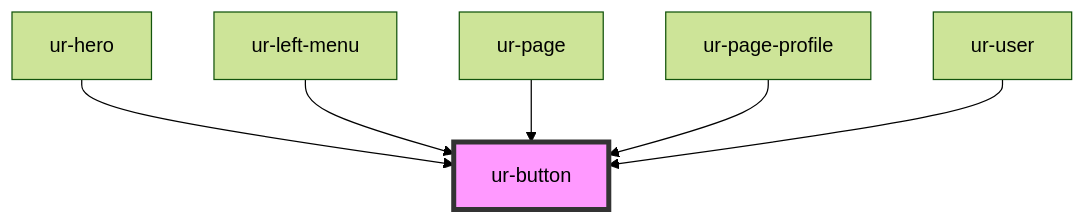
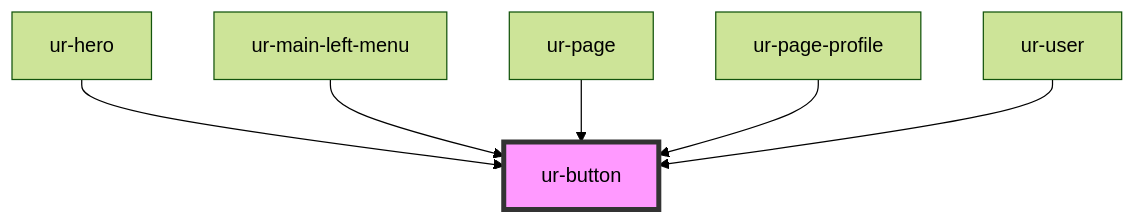
The diagram in src/components/ur-button/readme.md (hellish/urnovl-web-components), drawn with Mermaid (forest theme) before and after one commit. The commit also changed other lines of this file and 86 other files, not shown here.

````diff
--- a/src/components/ur-button/readme.md
+++ b/src/components/ur-button/readme.md
@@ -30,9 +30,9 @@
 ```mermaid
 graph TD;
   ur-hero --> ur-button
-  ur-left-menu --> ur-button
+  ur-main-left-menu --> ur-button
   ur-page --> ur-button
   ur-page-profile --> ur-button
   ur-user --> ur-button
   style ur-button fill:#f9f,stroke:#333,stroke-width:4px
 ```
````
